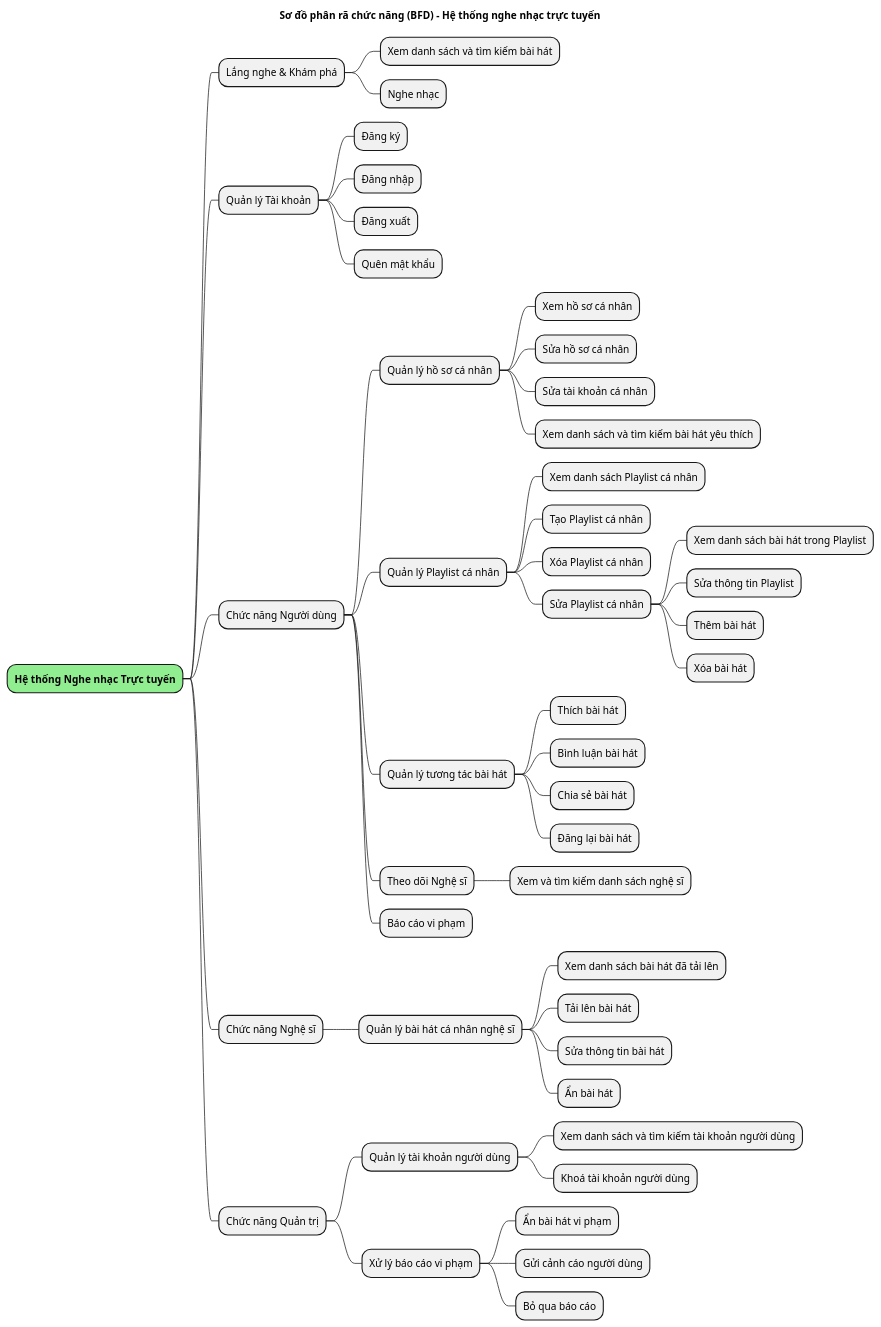
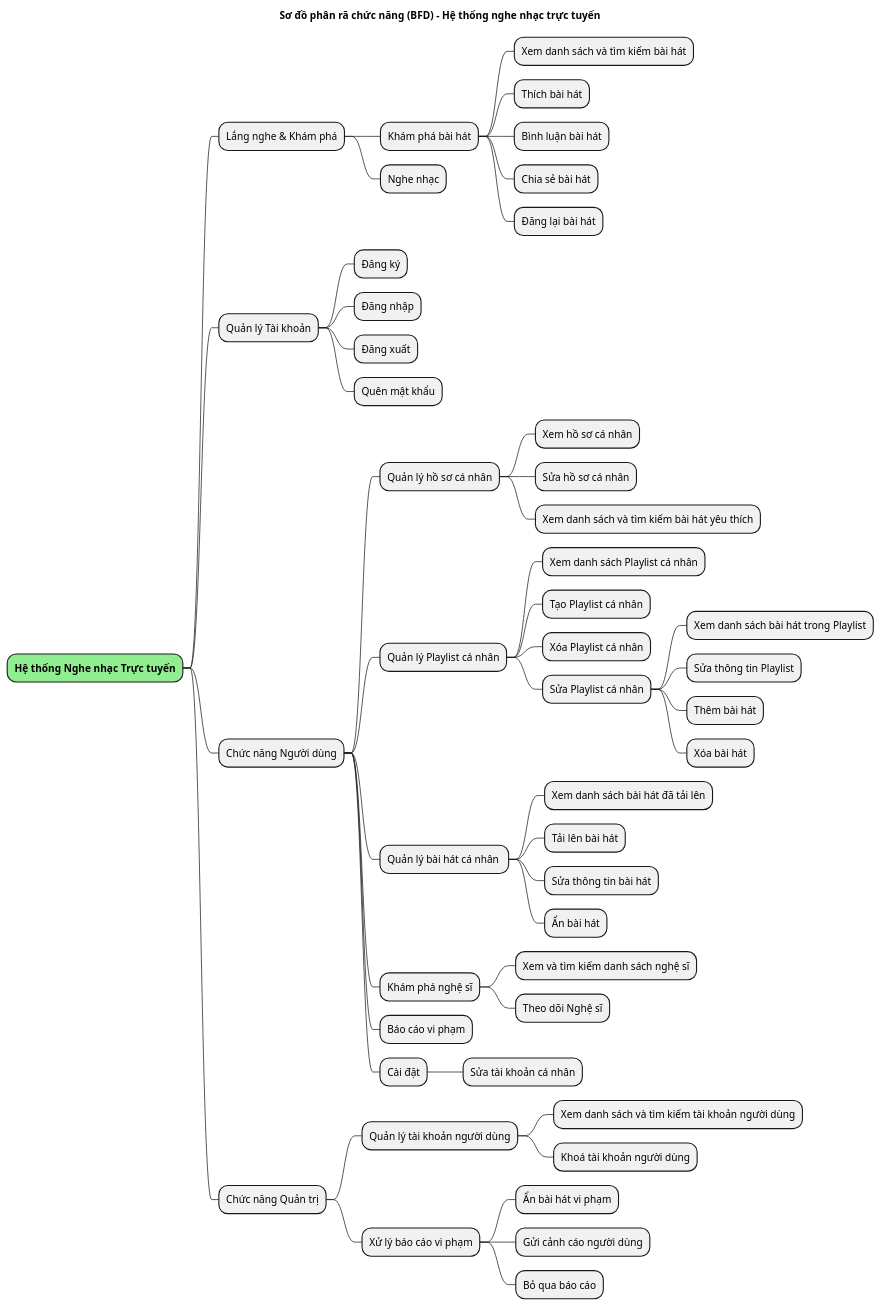
Before and after one commit to vinh047/soundwave: the diagram in Diagrams/BFD.plantuml, drawn with PlantUML. The commit also changed 5 other files, not shown here.

```diff
--- a/Diagrams/BFD.plantuml
+++ b/Diagrams/BFD.plantuml
@@ -1,51 +1,52 @@
 @startmindmap BFD
 title Sơ đồ phân rã chức năng (BFD) - Hệ thống nghe nhạc trực tuyến
 
 *[#lightgreen] **Hệ thống Nghe nhạc Trực tuyến**
 ** Lắng nghe & Khám phá
-*** Xem danh sách và tìm kiếm bài hát
+*** Khám phá bài hát
+**** Xem danh sách và tìm kiếm bài hát
+**** Thích bài hát
+**** Bình luận bài hát
+**** Chia sẻ bài hát
+**** Đăng lại bài hát
 *** Nghe nhạc
 ** Quản lý Tài khoản
 *** Đăng ký
 *** Đăng nhập
 *** Đăng xuất
 *** Quên mật khẩu
 ** Chức năng Người dùng
 *** Quản lý hồ sơ cá nhân
 **** Xem hồ sơ cá nhân
 **** Sửa hồ sơ cá nhân
-**** Sửa tài khoản cá nhân
 **** Xem danh sách và tìm kiếm bài hát yêu thích
 *** Quản lý Playlist cá nhân
 **** Xem danh sách Playlist cá nhân
 **** Tạo Playlist cá nhân
 **** Xóa Playlist cá nhân
 **** Sửa Playlist cá nhân
 ***** Xem danh sách bài hát trong Playlist
 ***** Sửa thông tin Playlist
 ***** Thêm bài hát
 ***** Xóa bài hát
-*** Quản lý tương tác bài hát
-**** Thích bài hát
-**** Bình luận bài hát
-**** Chia sẻ bài hát
-**** Đăng lại bài hát
-*** Theo dõi Nghệ sĩ
-**** Xem và tìm kiếm danh sách nghệ sĩ
-*** Báo cáo vi phạm
-** Chức năng Nghệ sĩ
-*** Quản lý bài hát cá nhân nghệ sĩ
+*** Quản lý bài hát cá nhân 
 **** Xem danh sách bài hát đã tải lên
 **** Tải lên bài hát
 **** Sửa thông tin bài hát
 **** Ẩn bài hát
+*** Khám phá nghệ sĩ
+**** Xem và tìm kiếm danh sách nghệ sĩ
+**** Theo dõi Nghệ sĩ
+*** Báo cáo vi phạm
+*** Cài đặt
+**** Sửa tài khoản cá nhân
 ** Chức năng Quản trị
 *** Quản lý tài khoản người dùng
 **** Xem danh sách và tìm kiếm tài khoản người dùng
 **** Khoá tài khoản người dùng
 *** Xử lý báo cáo vi phạm
 **** Ẩn bài hát vi phạm
 **** Gửi cảnh cáo người dùng
 **** Bỏ qua báo cáo
 
 @endmindmap
```
